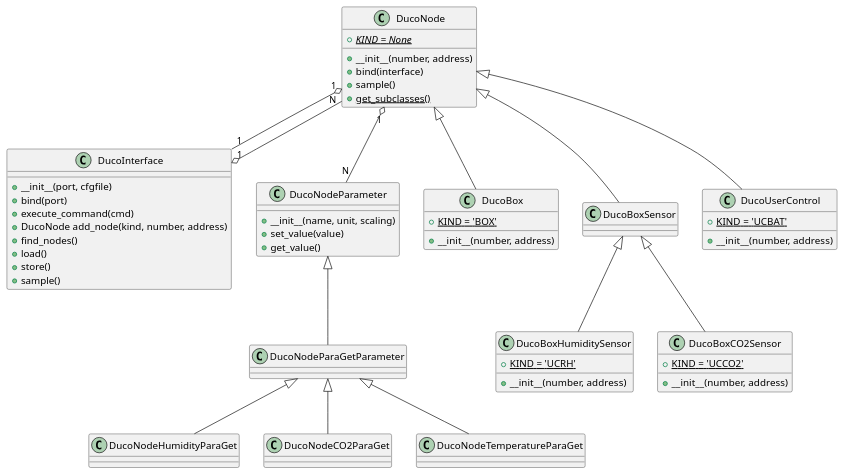
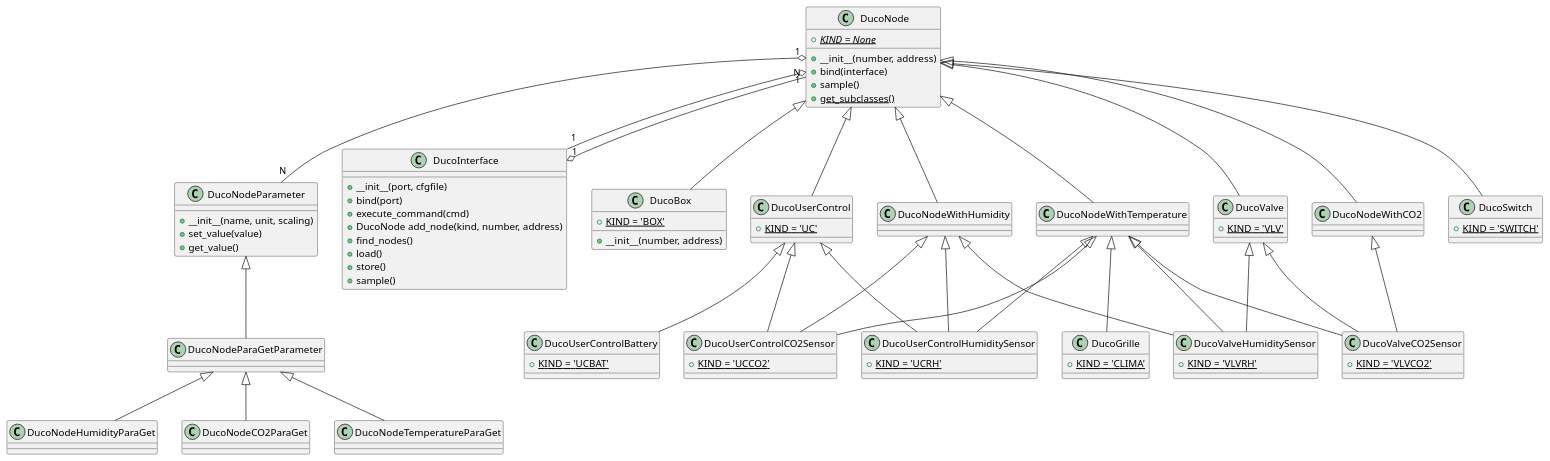
The diagram in docs/design.rst (SteinHeselmans/DucoBox), drawn with PlantUML before and after one commit. The commit also changed 1 other file, not shown here.

Commit message:
Refactor classes

```diff
--- a/docs/design.rst
+++ b/docs/design.rst
@@ -21,11 +21,33 @@
     DucoInterface "1" o-- "N" DucoNode
     DucoNode "1" o-- "N" DucoNodeParameter
     DucoNode "1" o-- "1" DucoInterface
+
     DucoNode <|-- DucoBox
-    DucoNode <|-- DucoBoxSensor
-    DucoBoxSensor <|-- DucoBoxHumiditySensor
-    DucoBoxSensor <|-- DucoBoxCO2Sensor
+
+    DucoNode <|-- DucoNodeWithTemperature
+    DucoNode <|-- DucoNodeWithHumidity
+    DucoNode <|-- DucoNodeWithCO2
+
     DucoNode <|-- DucoUserControl
+    DucoUserControl <|-- DucoUserControlBattery
+    DucoUserControl <|-- DucoUserControlHumiditySensor
+    DucoNodeWithTemperature <|-- DucoUserControlHumiditySensor
+    DucoNodeWithHumidity <|-- DucoUserControlHumiditySensor
+    DucoUserControl <|-- DucoUserControlCO2Sensor
+    DucoNodeWithTemperature <|-- DucoUserControlCO2Sensor
+    DucoNodeWithHumidity <|-- DucoUserControlCO2Sensor
+
+    DucoNode <|-- DucoValve
+    DucoValve <|-- DucoValveHumiditySensor
+    DucoNodeWithTemperature <|-- DucoValveHumiditySensor
+    DucoNodeWithHumidity <|-- DucoValveHumiditySensor
+    DucoValve <|-- DucoValveCO2Sensor
+    DucoNodeWithTemperature <|-- DucoValveCO2Sensor
+    DucoNodeWithCO2 <|-- DucoValveCO2Sensor
+
+    DucoNode <|-- DucoSwitch
+
+    DucoNodeWithTemperature <|-- DucoGrille
 
     class DucoNodeParameter {
         +__init__(name, unit, scaling)
@@ -57,22 +79,40 @@
         +__init__(number, address)
     }
 
-    class DucoBoxSensor {
+    class DucoUserControl {
+        +{static} KIND = 'UC'
     }
 
-    class DucoBoxHumiditySensor {
-        +{static} KIND = 'UCRH'
-        +__init__(number, address)
+    class DucoUserControlBattery {
+        +{static} KIND = 'UCBAT'
     }
 
-    class DucoBoxCO2Sensor {
-        +{static} KIND = 'UCCO2'
-        +__init__(number, address)
+    class DucoUserControlHumiditySensor {
+        +{static} KIND = 'UCRH'
     }
 
-    class DucoUserControl {
-        +{static} KIND = 'UCBAT'
-        +__init__(number, address)
+    class DucoUserControlCO2Sensor {
+        +{static} KIND = 'UCCO2'
+    }
+
+    class DucoValve {
+        +{static} KIND = 'VLV'
+    }
+
+    class DucoValveHumiditySensor {
+        +{static} KIND = 'VLVRH'
+    }
+
+    class DucoValveCO2Sensor {
+        +{static} KIND = 'VLVCO2'
+    }
+
+    class DucoSwitch {
+        +{static} KIND = 'SWITCH'
+    }
+
+    class DucoGrille {
+        +{static} KIND = 'CLIMA'
     }
 
     @enduml
```
